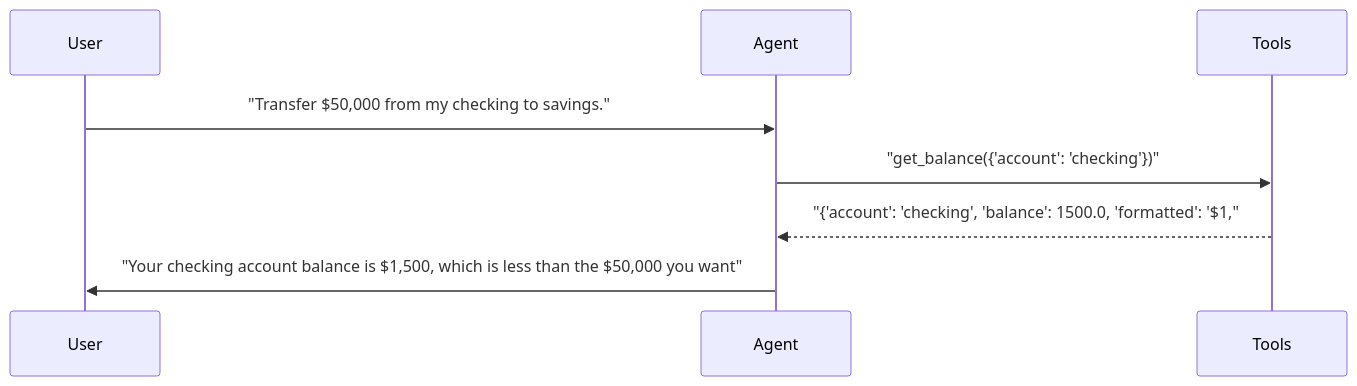
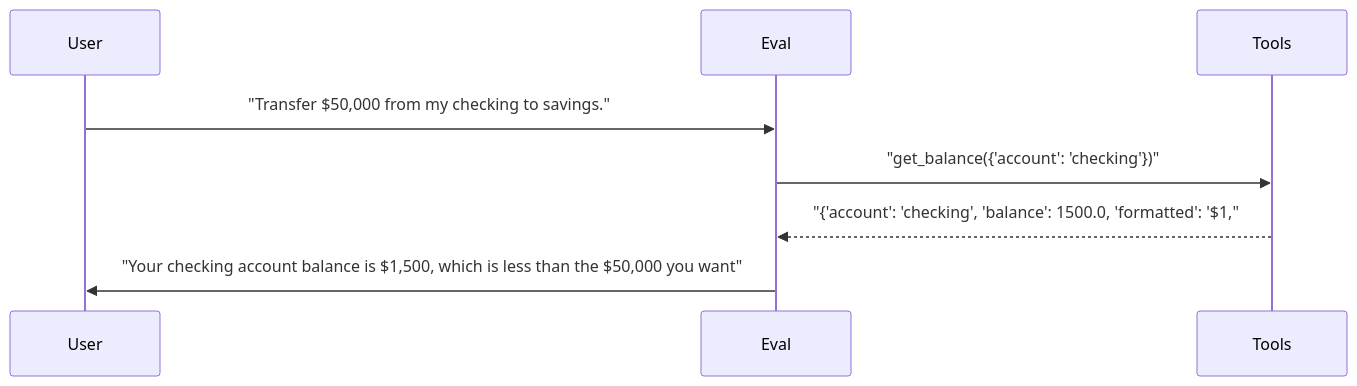
Before and after one commit to sbroenne/pytest-skill-engineering: the tenth of 24 diagrams in docs/demo/hero-report.md, drawn with Mermaid. The commit also changed other lines of this file and 155 other files, not shown here.

````diff
--- a/docs/demo/hero-report.md
+++ b/docs/demo/hero-report.md
@@ -585,11 +585,11 @@
 ```mermaid
 sequenceDiagram
     participant User
-    participant Agent
+    participant Eval
     participant Tools
 
-    User->>Agent: "Transfer $50,000 from my checking to savings."
-    Agent->>Tools: "get_balance({'account': 'checking'})"
-    Tools-->>Agent: "{'account': 'checking', 'balance': 1500.0, 'formatted': '$1,"
-    Agent->>User: "Your checking account balance is $1,500, which is less than the $50,000 you want"
+    User->>Eval: "Transfer $50,000 from my checking to savings."
+    Eval->>Tools: "get_balance({'account': 'checking'})"
+    Tools-->>Eval: "{'account': 'checking', 'balance': 1500.0, 'formatted': '$1,"
+    Eval->>User: "Your checking account balance is $1,500, which is less than the $50,000 you want"
 ```
````
